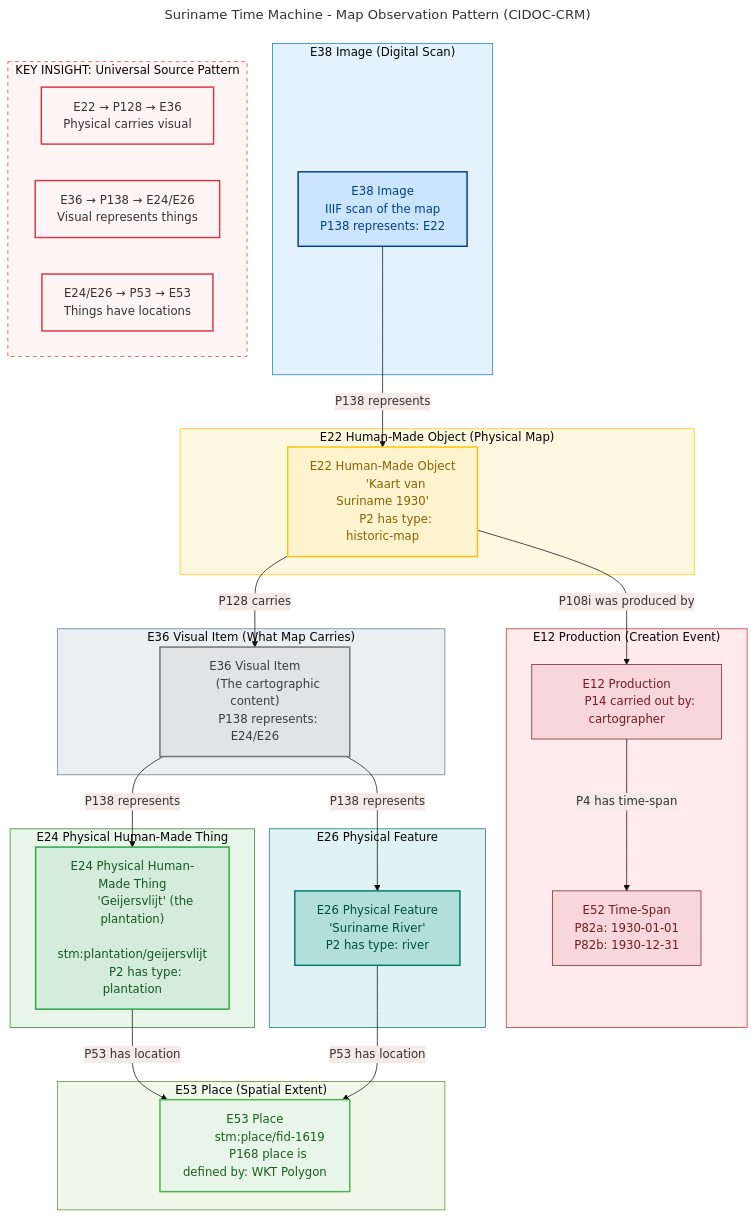
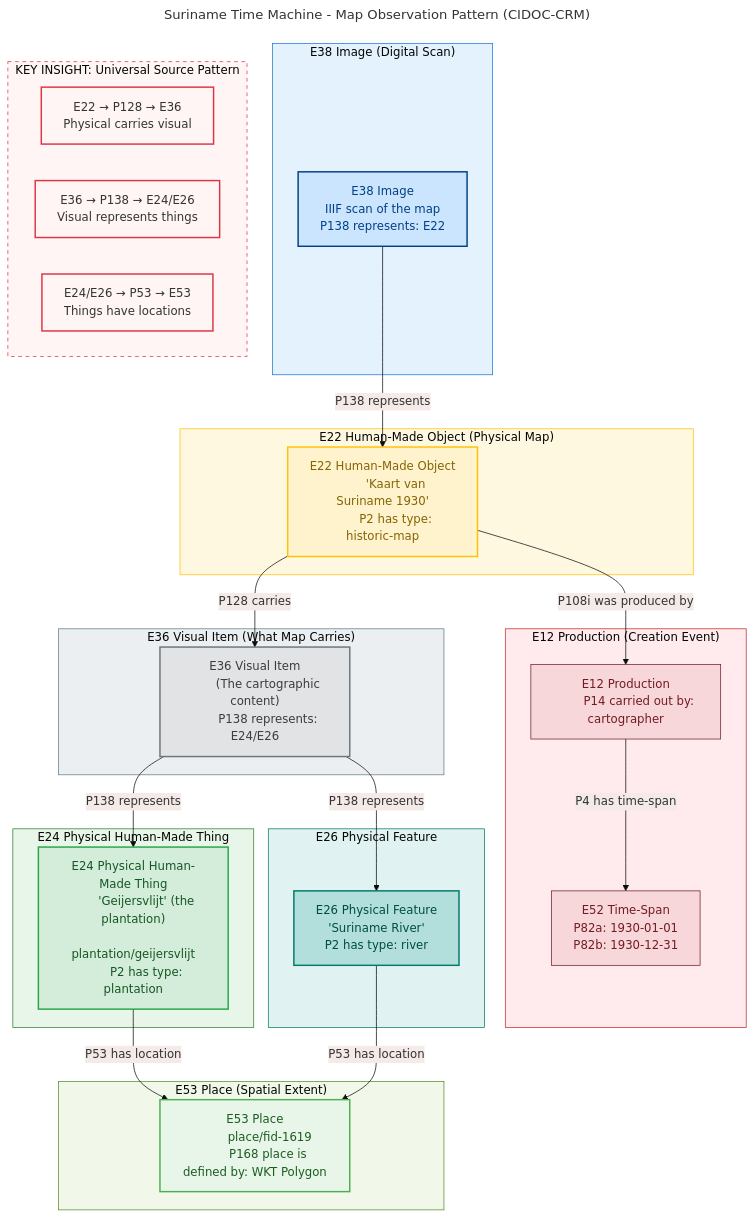
The diagram in docs/models/map-observation-pattern.mmd (jonaschlegel/suriname-database-model), drawn with Mermaid before and after one commit. The commit also changed 21 other files, not shown here.

```diff
--- a/docs/models/map-observation-pattern.mmd
+++ b/docs/models/map-observation-pattern.mmd
@@ -1,97 +1,97 @@
 ---
 title: Suriname Time Machine - Map Observation Pattern (CIDOC-CRM)
 ---
 %%{init: {'theme': 'base', 'themeVariables': { 'primaryColor': '#e8f4ea'}}}%%
 flowchart TB
     subgraph SOURCE_LAYER ["E22 Human-Made Object (Physical Map)"]
         E22["E22 Human-Made Object
         'Kaart van Suriname 1930'
         P2 has type: historic-map"]
     end
 
     subgraph DIGITAL_LAYER ["E38 Image (Digital Scan)"]
         E38["E38 Image
         IIIF scan of the map
         P138 represents: E22"]
     end
 
     subgraph VISUAL_LAYER ["E36 Visual Item (What Map Carries)"]
         E36["E36 Visual Item
         (The cartographic content)
         P138 represents: E24/E26"]
     end
 
     subgraph PRODUCTION_LAYER ["E12 Production (Creation Event)"]
         E12["E12 Production
         P14 carried out by: cartographer"]
         E52["E52 Time-Span
         P82a: 1930-01-01
         P82b: 1930-12-31"]
     end
 
     subgraph THING_LAYER ["E24 Physical Human-Made Thing"]
         E24["E24 Physical Human-Made Thing
         'Geijersvlijt' (the plantation)
-        stm:plantation/geijersvlijt
+        plantation/geijersvlijt
         P2 has type: plantation"]
     end
 
     subgraph FEATURE_LAYER ["E26 Physical Feature"]
         E26["E26 Physical Feature
         'Suriname River'
         P2 has type: river"]
     end
 
     subgraph PLACE_LAYER ["E53 Place (Spatial Extent)"]
         E53["E53 Place
-        stm:place/fid-1619
+        place/fid-1619
         P168 place is defined by: WKT Polygon"]
     end
 
     E22 -->|"P128 carries"| E36
     E38 -->|"P138 represents"| E22
     E22 -->|"P108i was produced by"| E12
     E12 -->|"P4 has time-span"| E52
 
     E36 -->|"P138 represents"| E24
     E36 -->|"P138 represents"| E26
 
     E24 -->|"P53 has location"| E53
     E26 -->|"P53 has location"| E53
 
     subgraph KEY_INSIGHT ["KEY INSIGHT: Universal Source Pattern"]
         direction LR
         KEY1["E22 → P128 → E36
         Physical carries visual"]
         KEY2["E36 → P138 → E24/E26
         Visual represents things"]
         KEY3["E24/E26 → P53 → E53
         Things have locations"]
     end
 
     classDef e22 fill:#fff3cd,stroke:#ffc107,stroke-width:2px,color:#856404
     classDef e38 fill:#cce5ff,stroke:#004085,stroke-width:2px,color:#004085
     classDef e36 fill:#e2e3e5,stroke:#6c757d,stroke-width:2px,color:#383d41
     classDef e24 fill:#d4edda,stroke:#28a745,stroke-width:2px,color:#155724
     classDef e26 fill:#b2dfdb,stroke:#00796b,stroke-width:2px,color:#004d40
     classDef e53 fill:#e8f5e9,stroke:#4caf50,stroke-width:2px,color:#1b5e20
     classDef production fill:#f8d7da,stroke:#721c24,stroke-width:1px,color:#721c24
     classDef insight fill:#fff5f5,stroke:#dc3545,stroke-width:2px
 
     class E22 e22
     class E38 e38
     class E36 e36
     class E24 e24
     class E26 e26
     class E53 e53
     class E12,E52 production
     class KEY1,KEY2,KEY3 insight
 
     style SOURCE_LAYER fill:#fff8e1,stroke:#ffc107
     style DIGITAL_LAYER fill:#e3f2fd,stroke:#1976d2
     style VISUAL_LAYER fill:#eceff1,stroke:#607d8b
     style PRODUCTION_LAYER fill:#ffebee,stroke:#c62828
     style THING_LAYER fill:#e8f5e9,stroke:#2e7d32
     style FEATURE_LAYER fill:#e0f2f1,stroke:#00796b
     style PLACE_LAYER fill:#f1f8e9,stroke:#558b2f
     style KEY_INSIGHT fill:#fff5f5,stroke:#dc3545,stroke-dasharray: 5 5
```
